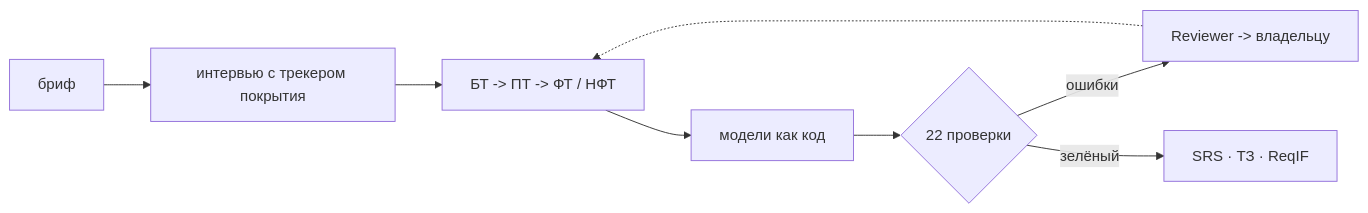
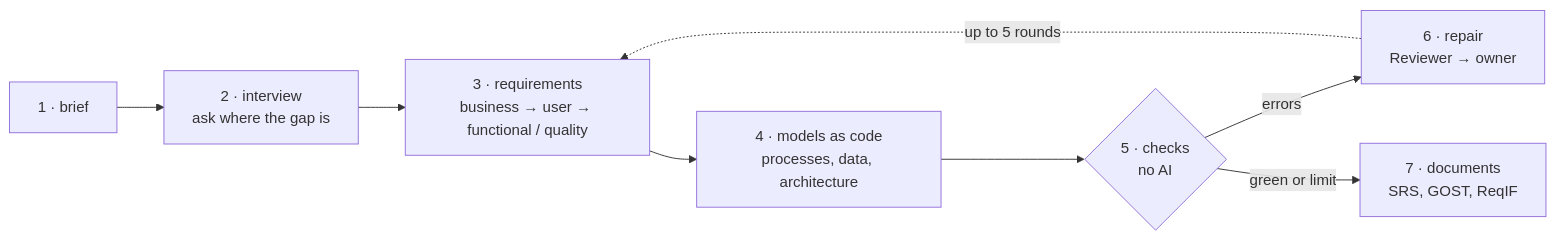
One commit to Axx-Axvd/reqgraph changed the diagram in README.md. Above: the diagram before and after it, drawn with Mermaid. The commit also changed other lines of this file and 2 other files, not shown here.

````diff
--- a/README.md
+++ b/README.md
@@ -15,7 +51,7 @@
 ```mermaid
 flowchart LR
-  A[бриф] --> B[интервью с трекером покрытия] --> C[БТ -> ПТ -> ФТ / НФТ]
-  C --> D[модели как код] --> E{22 проверки}
-  E -->|ошибки| F[Reviewer -> владельцу] -.-> C
-  E -->|зелёный| G[SRS · ТЗ · ReqIF]
+  A[1 · brief] --> B[2 · interview<br/>ask where the gap is] --> C[3 · requirements<br/>business → user → functional / quality]
+  C --> D[4 · models as code<br/>processes, data, architecture] --> E{5 · checks<br/>no AI}
+  E -->|errors| F[6 · repair<br/>Reviewer → owner] -.->|up to 5 rounds| C
+  E -->|green or limit| G[7 · documents<br/>SRS, GOST, ReqIF]
 ```
````
